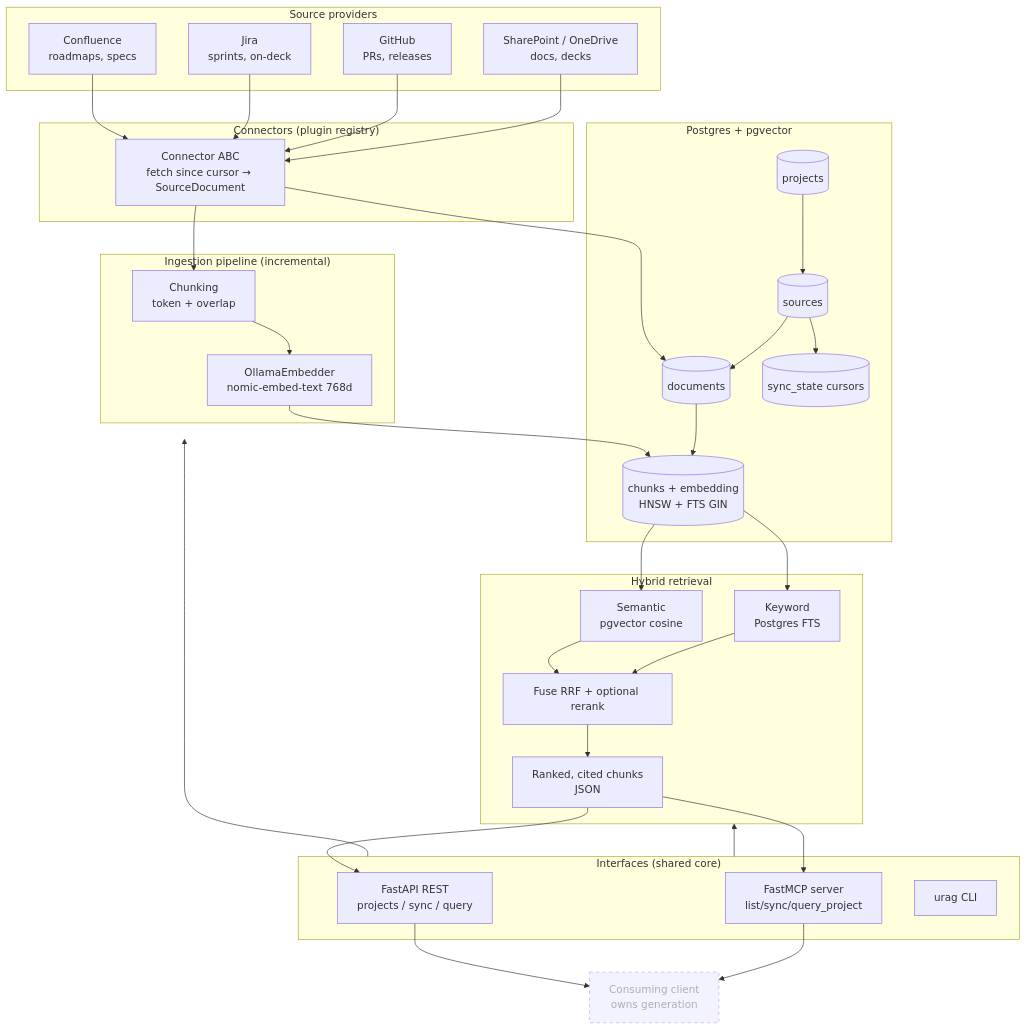
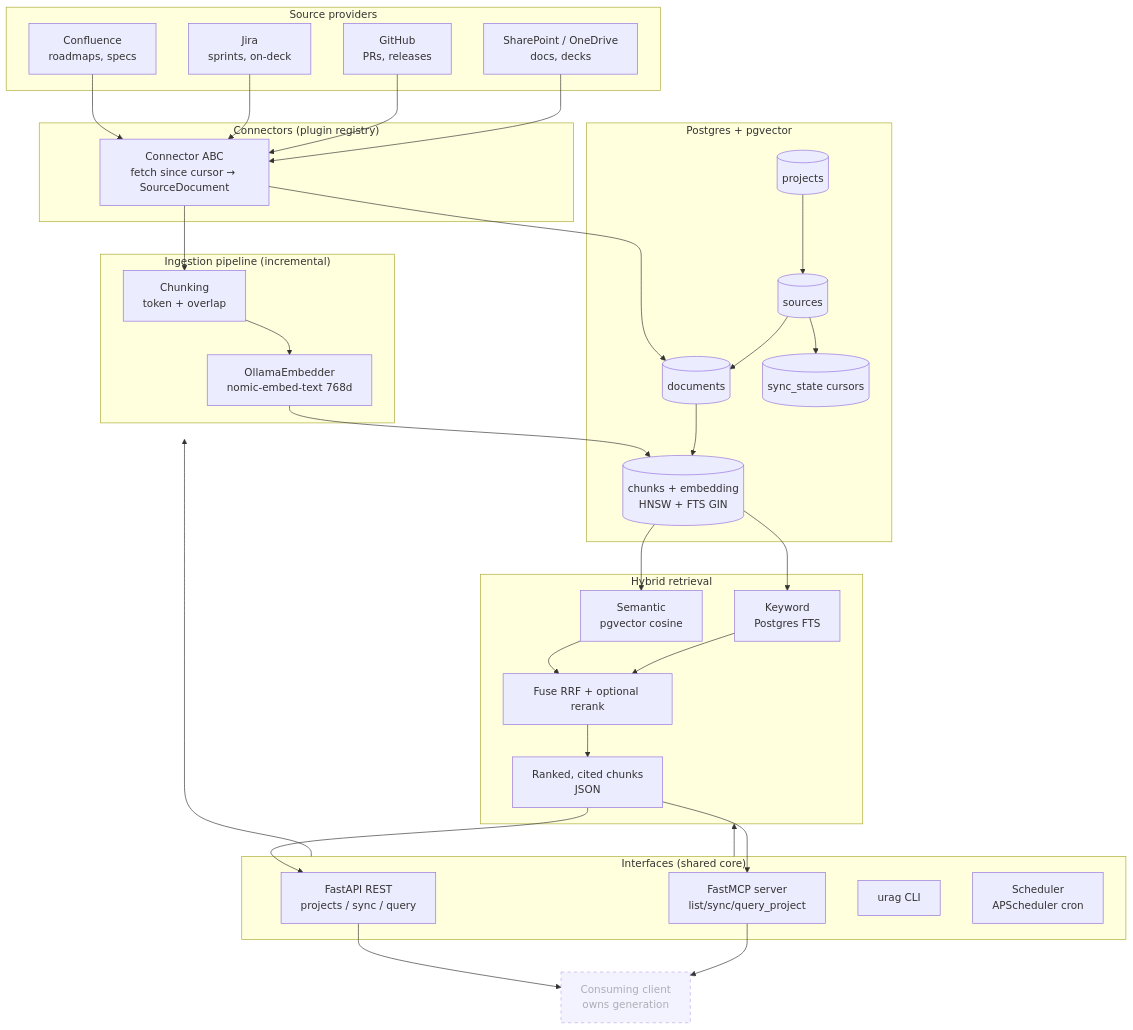
The first of 6 diagrams in docs/architecture.md (BlakeDanielFederal/universal-rag), drawn with Mermaid before and after one commit. The commit also changed other lines of this file and 1 other file, not shown here.

Commit message:
docs: Alembic migrations + scheduler done — README, CLAUDE, architecture

````diff
--- a/docs/architecture.md
+++ b/docs/architecture.md
@@ -11,55 +11,56 @@
 ```mermaid
 flowchart TD
     subgraph Sources["Source providers"]
         CONF[Confluence<br/>roadmaps, specs]
         JIRA[Jira<br/>sprints, on-deck]
         GH[GitHub<br/>PRs, releases]
         SP[SharePoint / OneDrive<br/>docs, decks]
     end
 
     subgraph Connectors["Connectors (plugin registry)"]
         BASE[Connector ABC<br/>fetch since cursor → SourceDocument]
     end
 
     subgraph Ingest["Ingestion pipeline (incremental)"]
         CHUNK[Chunking<br/>token + overlap]
         EMB[OllamaEmbedder<br/>nomic-embed-text 768d]
     end
 
     subgraph Store["Postgres + pgvector"]
         PROJ[(projects)]
         SRC[(sources)]
         DOC[(documents)]
         CH[(chunks + embedding<br/>HNSW + FTS GIN)]
         SYNC[(sync_state cursors)]
     end
 
     subgraph Retrieval["Hybrid retrieval"]
         VEC[Semantic<br/>pgvector cosine]
         KW[Keyword<br/>Postgres FTS]
         RRF[Fuse RRF + optional rerank]
         HITS[Ranked, cited chunks<br/>JSON]
     end
 
     subgraph Interfaces["Interfaces (shared core)"]
         API[FastAPI REST<br/>projects / sync / query]
         MCP[FastMCP server<br/>list/sync/query_project]
         CLI[urag CLI]
+        SCHED[Scheduler<br/>APScheduler cron]
     end
 
     CLIENT[Consuming client<br/>owns generation]:::future
 
     CONF & JIRA & GH & SP --> BASE
     BASE --> CHUNK --> EMB --> CH
     BASE --> DOC
     PROJ --> SRC --> DOC --> CH
     SRC --> SYNC
 
     CH --> VEC & KW --> RRF --> HITS
 
     Interfaces --> Ingest
     Interfaces --> Retrieval
     HITS --> API & MCP --> CLIENT
 
     classDef future stroke-dasharray: 5 5,opacity:0.6;
 ```
````
